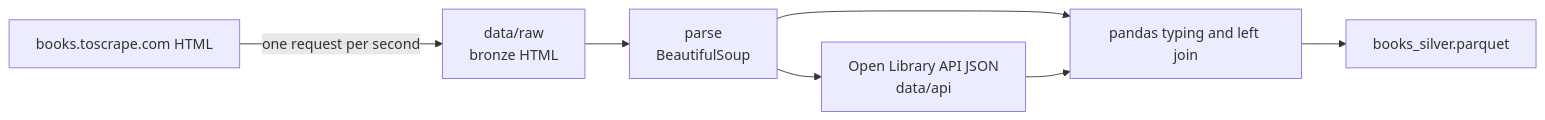
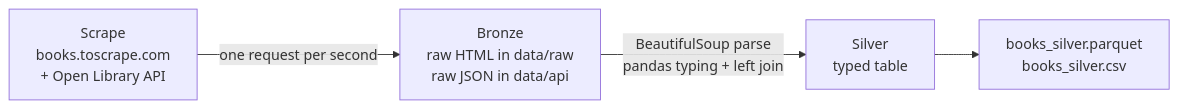
The diagram in README.md (ajace13/books-scrape-to-silver), drawn with Mermaid before and after one commit. The commit also changed other lines of this file and 6 other files, not shown here.

````diff
--- a/README.md
+++ b/README.md
@@ -5,9 +5,6 @@
 ```mermaid
 flowchart LR
-    A[books.toscrape.com HTML] -->|one request per second| B[data/raw<br/>bronze HTML]
-    B --> C[parse<br/>BeautifulSoup]
-    C --> D[Open Library API JSON<br/>data/api]
-    C --> E[pandas typing and left join]
-    D --> E
-    E --> F[books_silver.parquet]
+    A[Scrape<br/>books.toscrape.com<br/>+ Open Library API] -->|one request per second| B[Bronze<br/>raw HTML in data/raw<br/>raw JSON in data/api]
+    B -->|BeautifulSoup parse<br/>pandas typing + left join| C[Silver<br/>typed table]
+    C --> D[books_silver.parquet<br/>books_silver.csv]
 ```
````
